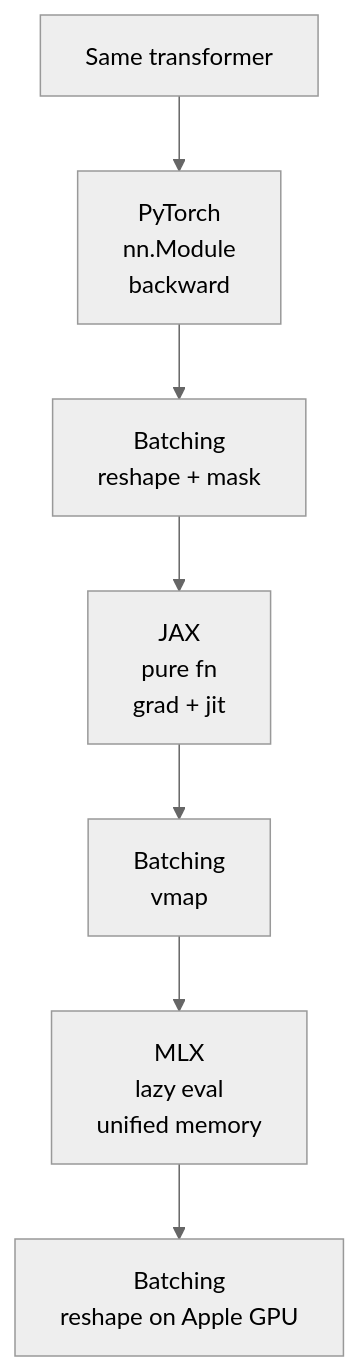
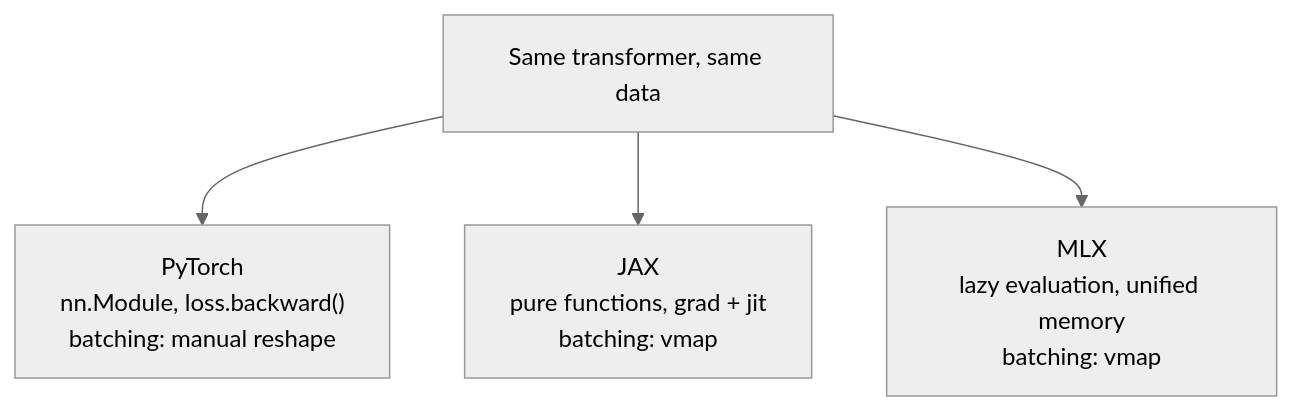
One commit to danilop/micro-gpt-and-beyond changed the diagram in walk-the-code/diagrams/compare_frameworks.mmd. Above: the diagram before and after it, drawn with Mermaid (neutral theme). The commit also changed 80 other files, not shown here.

```diff
--- a/walk-the-code/diagrams/compare_frameworks.mmd
+++ b/walk-the-code/diagrams/compare_frameworks.mmd
@@ -1,8 +1,4 @@
 graph TD
-    A[Same transformer]
-    A --> B[PyTorch<br/>nn.Module<br/>backward]
-    B --> C[Batching<br/>reshape + mask]
-    C --> D[JAX<br/>pure fn<br/>grad + jit]
-    D --> E[Batching<br/>vmap]
-    E --> F[MLX<br/>lazy eval<br/>unified memory]
-    F --> G[Batching<br/>reshape on Apple GPU]
+    A[Same transformer, same data] --> B["PyTorch<br/>nn.Module, loss.backward()<br/>batching: manual reshape"]
+    A --> C["JAX<br/>pure functions, grad + jit<br/>batching: vmap"]
+    A --> D["MLX<br/>lazy evaluation, unified memory<br/>batching: vmap"]
```
